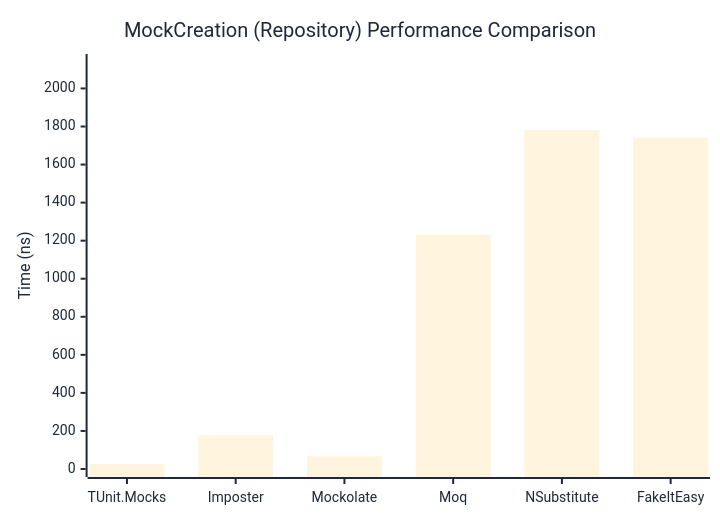
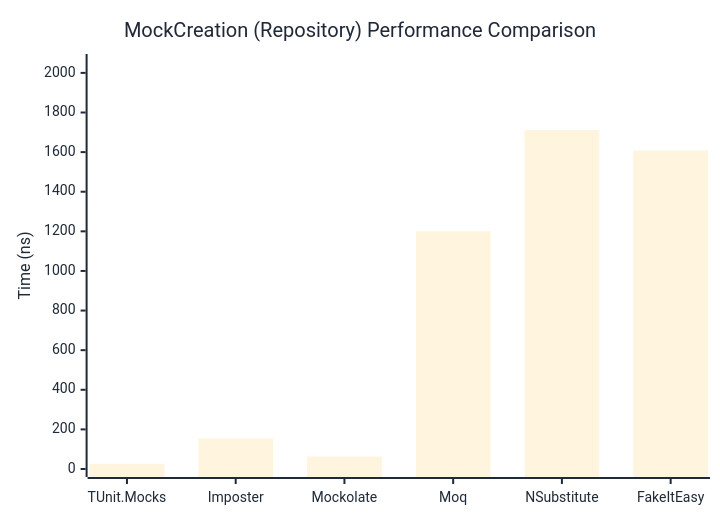
Before and after one commit to thomhurst/TUnit: the second of 2 diagrams in docs/docs/benchmarks/mocks/MockCreation.md, drawn with Mermaid. The commit also changed other lines of this file and 14 other files, not shown here.

````diff
--- a/docs/docs/benchmarks/mocks/MockCreation.md
+++ b/docs/docs/benchmarks/mocks/MockCreation.md
@@ -69,27 +69,27 @@
 ```mermaid
 %%{init: {
   'theme':'base',
   'themeVariables': {
     'primaryColor': '#2563eb',
     'primaryTextColor': '#1f2937',
     'primaryBorderColor': '#1e40af',
     'lineColor': '#6b7280',
     'secondaryColor': '#7c3aed',
     'tertiaryColor': '#dc2626',
     'background': '#ffffff',
     'pie1': '#2563eb',
     'pie2': '#7c3aed',
     'pie3': '#dc2626',
     'pie4': '#f59e0b',
     'pie5': '#10b981',
     'pie6': '#06b6d4',
     'pie7': '#ec4899',
     'pie8': '#6366f1'
   }
 }}%%
 xychart-beta
   title "MockCreation (Repository) Performance Comparison"
   x-axis ["TUnit.Mocks", "Imposter", "Mockolate", "Moq", "NSubstitute", "FakeItEasy"]
-  y-axis "Time (ns)" 0 --> 2139
-  bar [26.03, 176.22, 66.58, 1231.76, 1781.68, 1741.14]
+  y-axis "Time (ns)" 0 --> 2055
+  bar [26.49, 154.86, 62.9, 1200.15, 1711.84, 1607.79]
 ```
````
